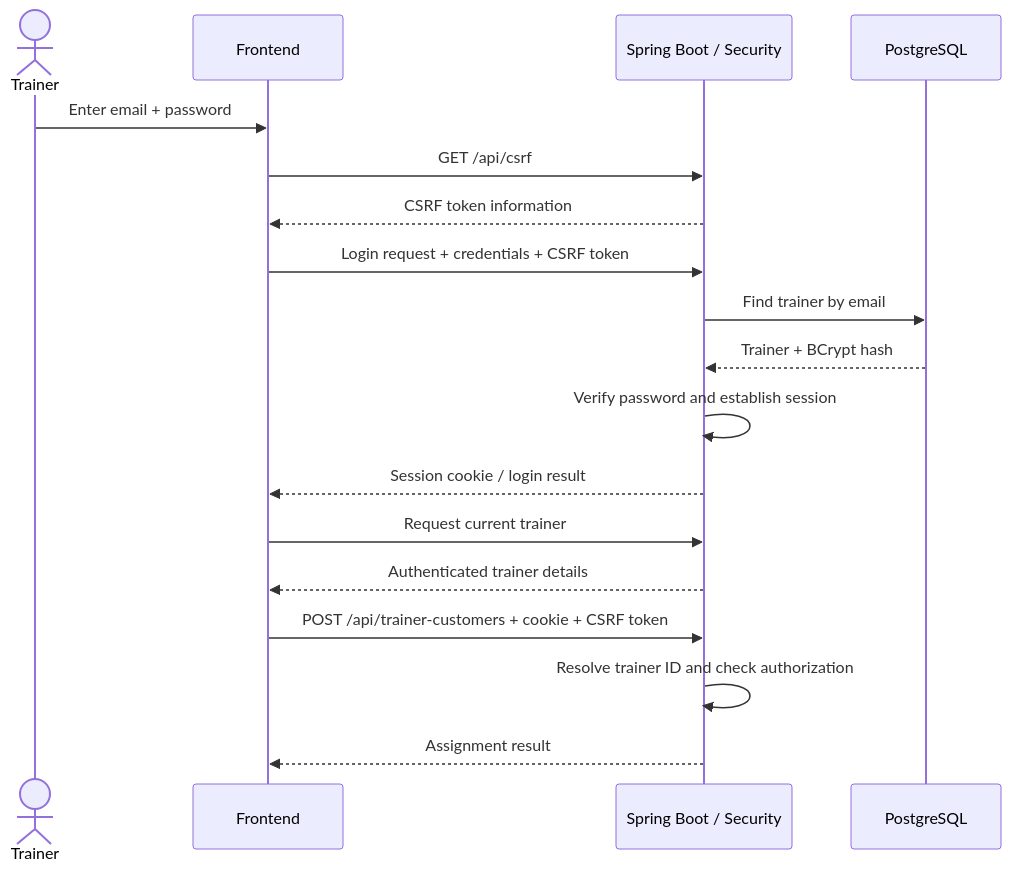
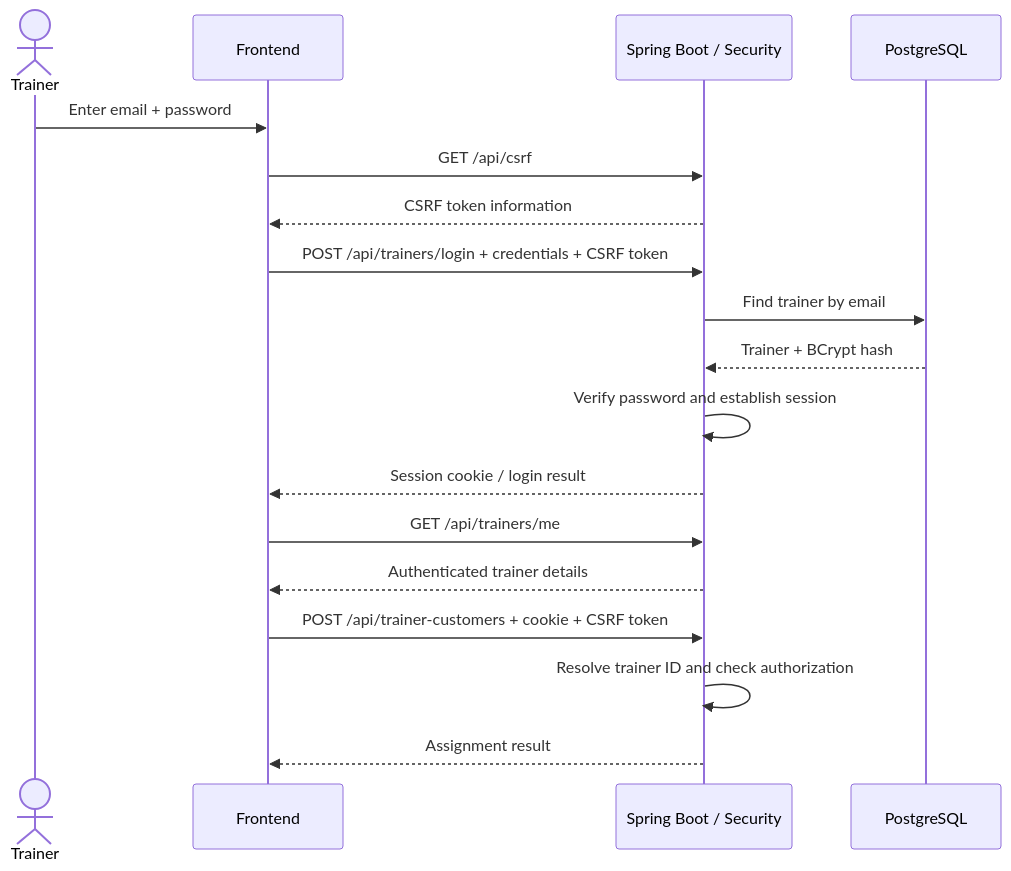
One commit to Samir-BK/Personal-Trainer changed the sixth of 6 diagrams in backend/README.md. Above: the diagram before and after it, drawn with Mermaid. The commit also changed other lines of this file, not shown here.

````diff
--- a/backend/README.md
+++ b/backend/README.md
@@ -269,21 +206,21 @@
 ```mermaid
 sequenceDiagram
     actor Trainer
     participant UI as Frontend
     participant API as Spring Boot / Security
     participant DB as PostgreSQL
 
     Trainer->>UI: Enter email + password
     UI->>API: GET /api/csrf
     API-->>UI: CSRF token information
-    UI->>API: Login request + credentials + CSRF token
+    UI->>API: POST /api/trainers/login + credentials + CSRF token
     API->>DB: Find trainer by email
     DB-->>API: Trainer + BCrypt hash
     API->>API: Verify password and establish session
     API-->>UI: Session cookie / login result
-    UI->>API: Request current trainer
+    UI->>API: GET /api/trainers/me
     API-->>UI: Authenticated trainer details
     UI->>API: POST /api/trainer-customers + cookie + CSRF token
     API->>API: Resolve trainer ID and check authorization
     API-->>UI: Assignment result
 ```
````
